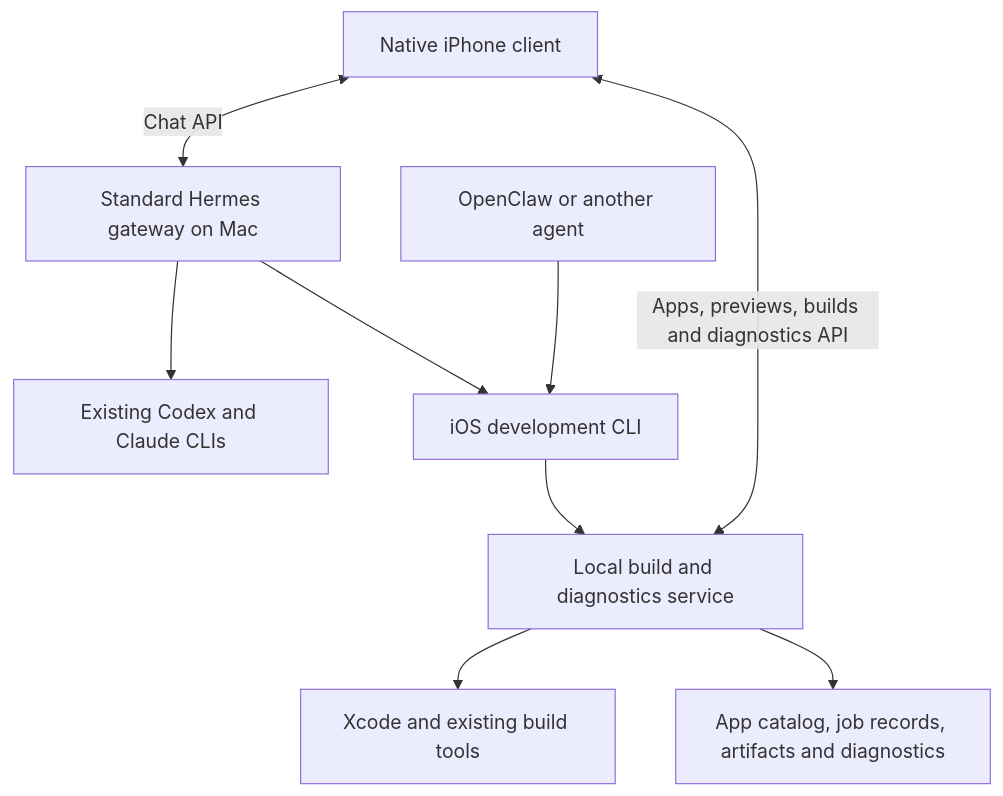
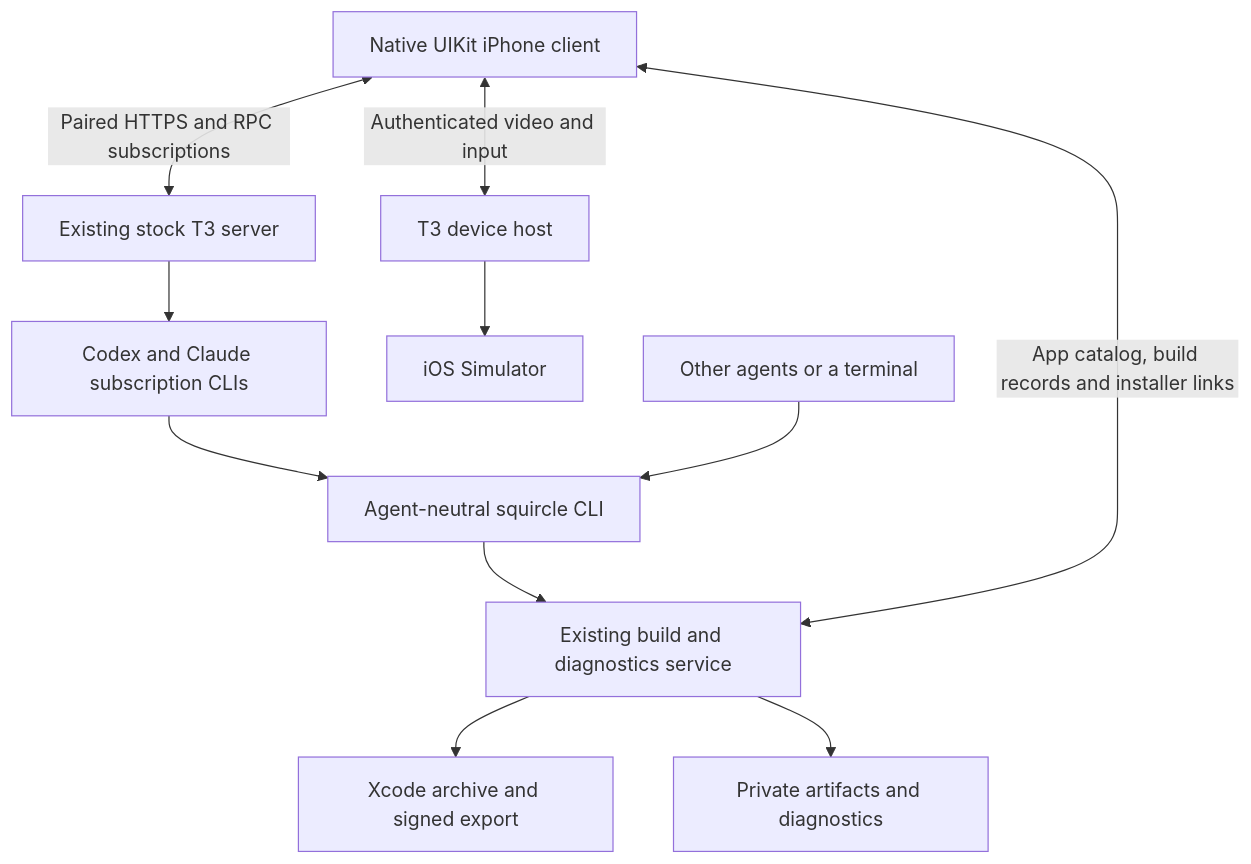
One commit to achimala/Squircle changed the diagram in docs/architecture.md. Above: the diagram before and after it, drawn with Mermaid. The commit also changed other lines of this file and 36 other files, not shown here.

Commit message:
Replace Hermes client with native T3 and H.264 simulator streaming

````diff
--- a/docs/architecture.md
+++ b/docs/architecture.md
@@ -7,11 +10,13 @@
 ```mermaid
 flowchart TD
-    Phone[Native iPhone client] <-->|Chat API| Hermes[Standard Hermes gateway on Mac]
-    Hermes --> Workers[Existing Codex and Claude CLIs]
-    Hermes --> CLI[iOS development CLI]
-    Other[OpenClaw or another agent] --> CLI
-    CLI --> Core[Local build and diagnostics service]
-    Phone <-->|Apps, previews, builds and diagnostics API| Core
-    Core --> Build[Xcode and existing build tools]
-    Core --> Storage[App catalog, job records, artifacts and diagnostics]
+    Phone[Native UIKit iPhone client] <-->|Paired HTTPS and RPC subscriptions| T3[Existing stock T3 server]
+    T3 --> Workers[Codex and Claude subscription CLIs]
+    Phone <-->|Authenticated video and input| Hub[T3 device host]
+    Hub --> Sim[iOS Simulator]
+    Workers --> CLI[Agent-neutral squircle CLI]
+    Other[Other agents or a terminal] --> CLI
+    CLI --> Core[Existing build and diagnostics service]
+    Phone <-->|App catalog, build records and installer links| Core
+    Core --> Xcode[Xcode archive and signed export]
+    Core --> Store[Private artifacts and diagnostics]
 ```
````
